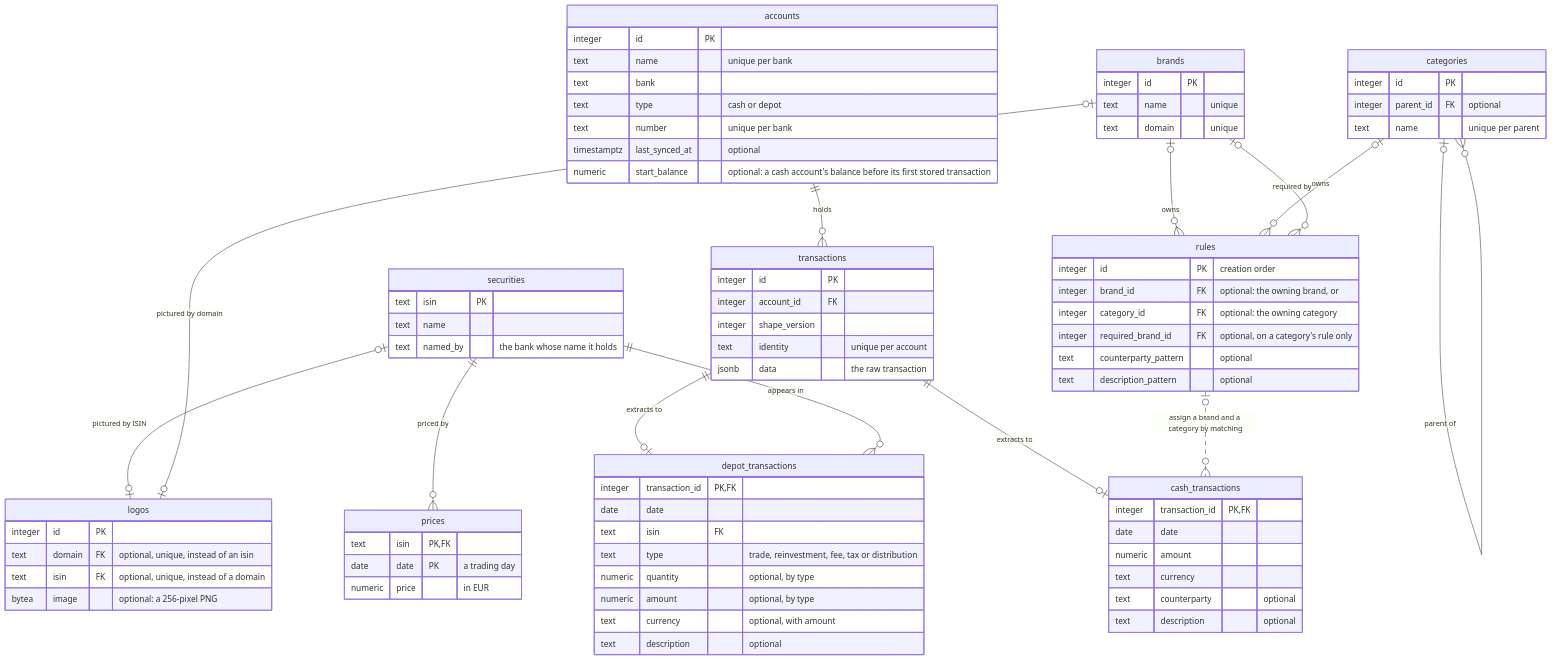
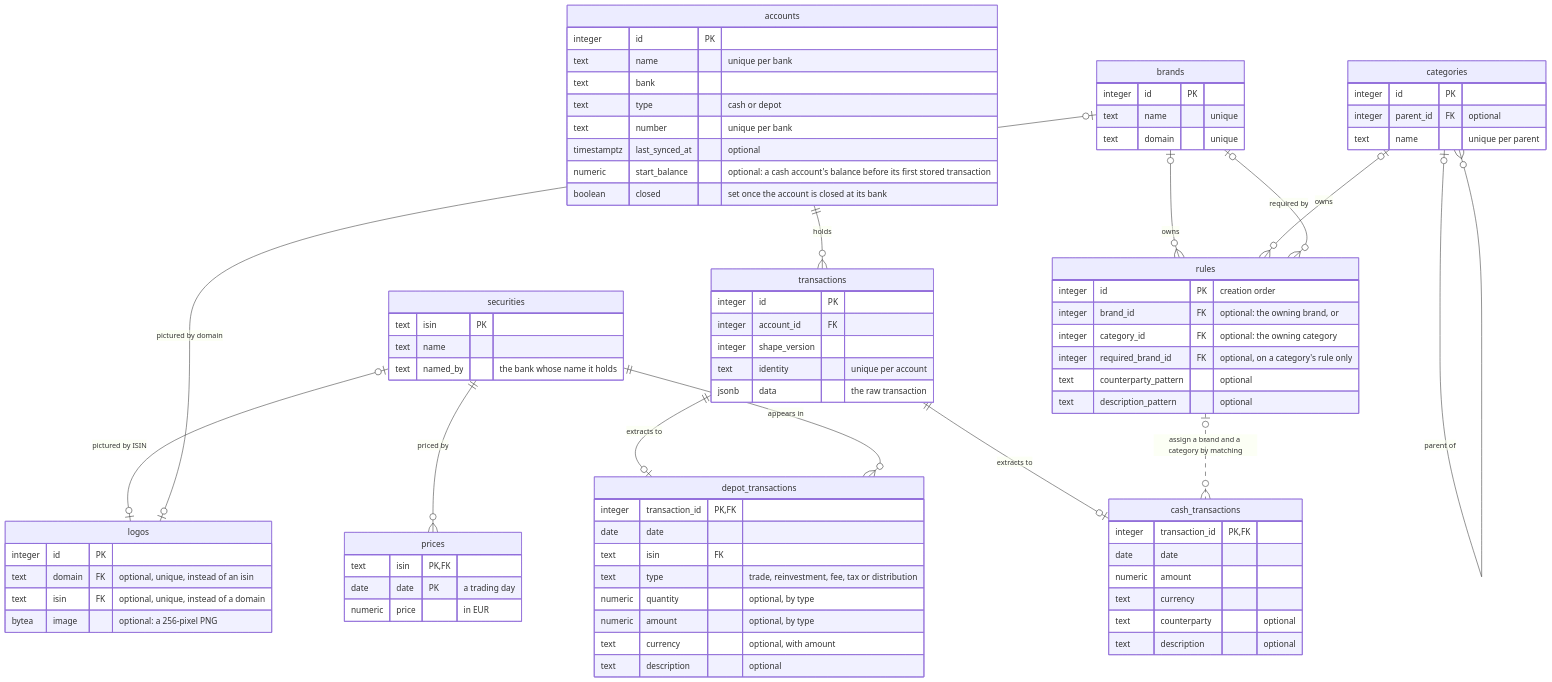
One commit to lennartmoeller/finance-tracker changed the diagram in docs/contract/data-model.md. Above: the diagram before and after it, drawn with Mermaid. The commit also changed 50 other files, not shown here.

```diff
--- a/docs/contract/data-model.md
+++ b/docs/contract/data-model.md
@@ -23,6 +23,7 @@
     text number "unique per bank"
     timestamptz last_synced_at "optional"
     numeric start_balance "optional: a cash account's balance before its first stored transaction"
+    boolean closed "set once the account is closed at its bank"
   }
   transactions {
     integer id PK
```
